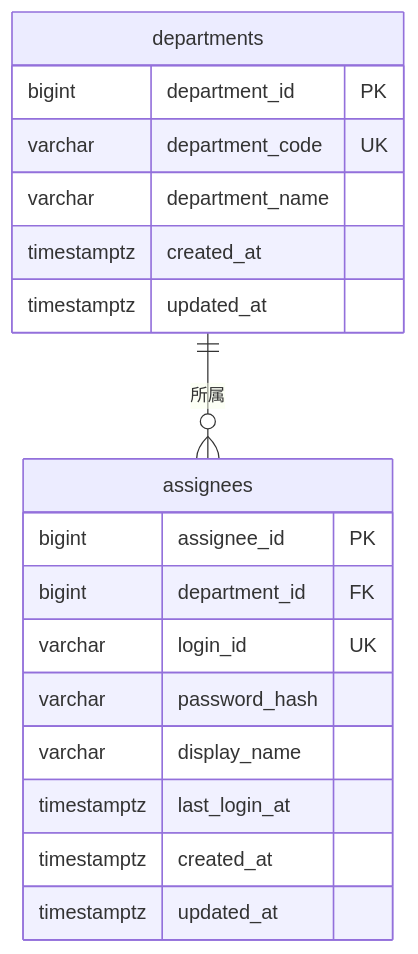
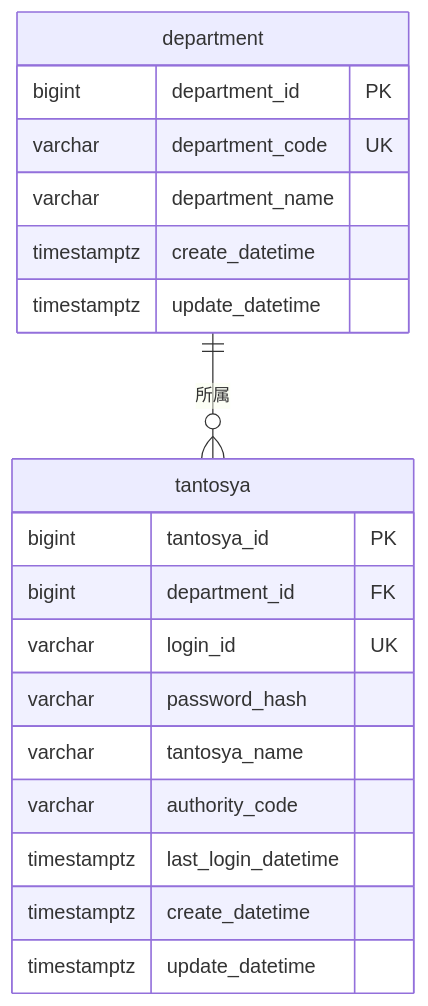
The diagram in app/docs/database-design/README.md (hirokikw/mira), drawn with Mermaid before and after one commit. The commit also changed other lines of this file and 3 other files, not shown here.

````diff
--- a/app/docs/database-design/README.md
+++ b/app/docs/database-design/README.md
@@ -28,23 +28,24 @@
 ```mermaid
 erDiagram
-    departments ||--o{ assignees : "所属"
+    department ||--o{ tantosya : "所属"
 
-    departments {
+    department {
         bigint department_id PK
         varchar department_code UK
         varchar department_name
-        timestamptz created_at
-        timestamptz updated_at
+        timestamptz create_datetime
+        timestamptz update_datetime
     }
 
-    assignees {
-        bigint assignee_id PK
+    tantosya {
+        bigint tantosya_id PK
         bigint department_id FK
         varchar login_id UK
         varchar password_hash
-        varchar display_name
-        timestamptz last_login_at
-        timestamptz created_at
-        timestamptz updated_at
+        varchar tantosya_name
+        varchar authority_code
+        timestamptz last_login_datetime
+        timestamptz create_datetime
+        timestamptz update_datetime
     }
 ```
````
